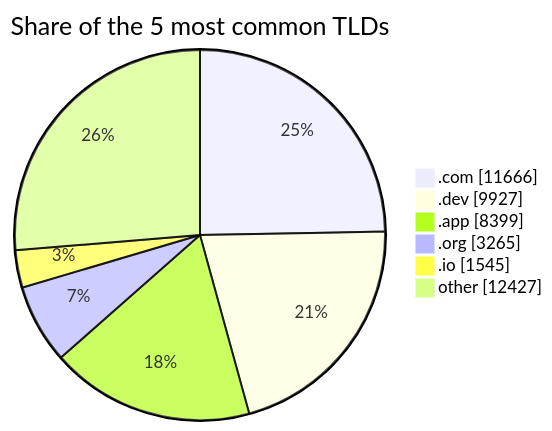
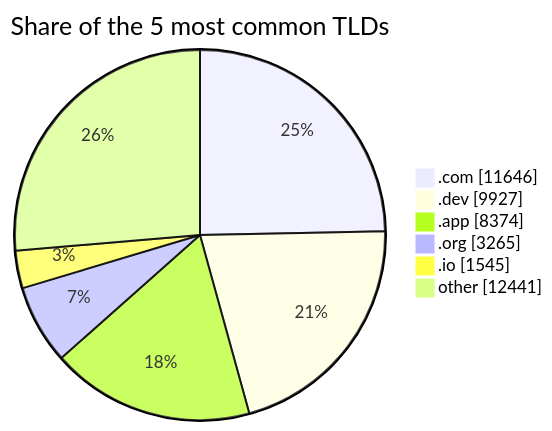
Before and after one commit to DNSBunker/CTI: the third of 3 diagrams in README.md, drawn with Mermaid. The commit also changed other lines of this file and 3 other files, not shown here.

````diff
--- a/README.md
+++ b/README.md
@@ -81,9 +81,9 @@
 ```mermaid
 pie showData title Share of the 5 most common TLDs
-    ".com" : 11666
+    ".com" : 11646
     ".dev" : 9927
-    ".app" : 8399
+    ".app" : 8374
     ".org" : 3265
     ".io" : 1545
-    "other" : 12427
+    "other" : 12441
 ```
````
